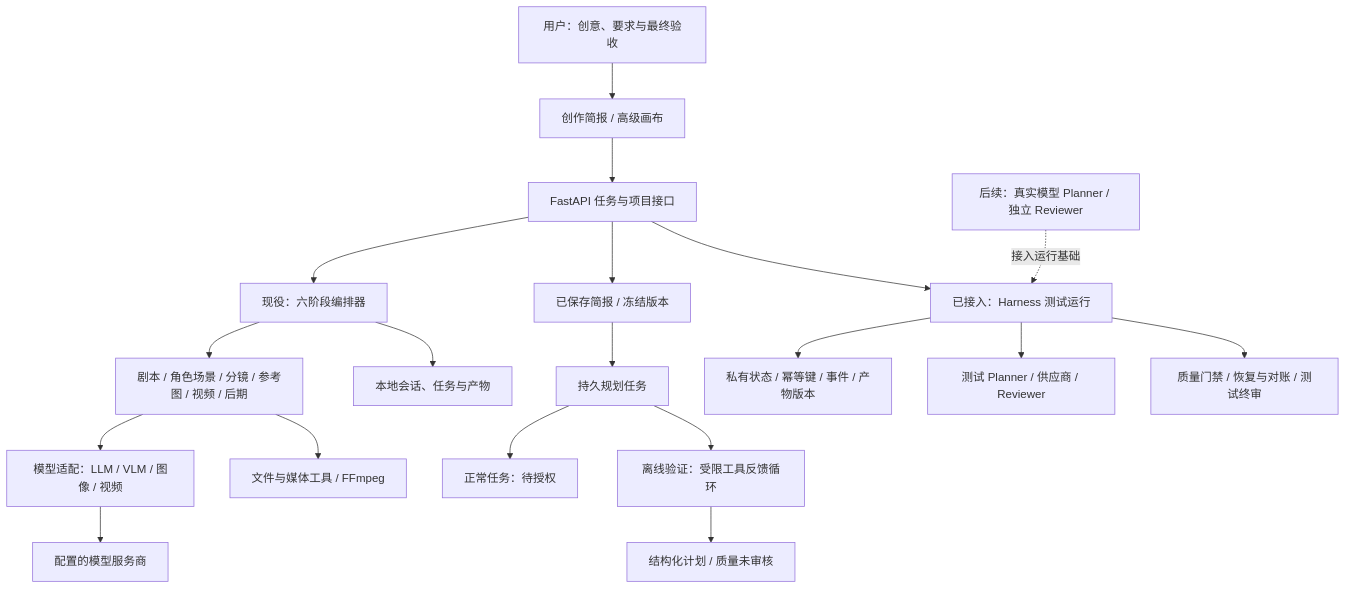
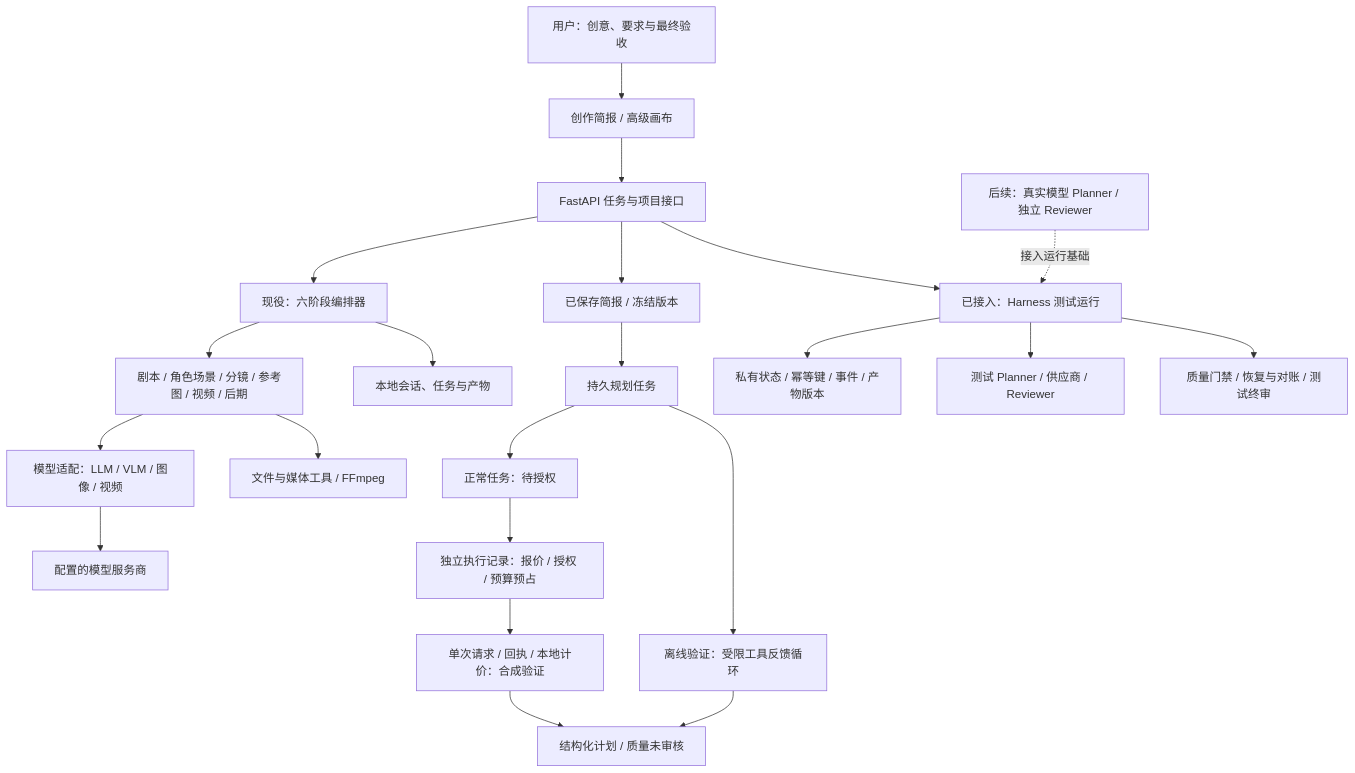
The diagram in README.md (leo-ai-pm/LeonTV), drawn with Mermaid before and after one commit. The commit also changed other lines of this file and 25 other files, not shown here.

````diff
--- a/README.md
+++ b/README.md
@@ -69,21 +69,24 @@
 ```mermaid
 flowchart TD
     User[用户：创意、要求与最终验收] --> UI[创作简报 / 高级画布]
     UI --> API[FastAPI 任务与项目接口]
     API --> Workflow[现役：六阶段编排器]
     Workflow --> Agents[剧本 / 角色场景 / 分镜 / 参考图 / 视频 / 后期]
     Agents --> Models[模型适配：LLM / VLM / 图像 / 视频]
     Agents --> Tools[文件与媒体工具 / FFmpeg]
     Workflow --> Store[本地会话、任务与产物]
     Models --> Providers[配置的模型服务商]
     API --> Brief[已保存简报 / 冻结版本]
     Brief --> Planner[持久规划任务]
     Planner --> Wait[正常任务：待授权]
+    Wait --> Control[独立执行记录：报价 / 授权 / 预算预占]
+    Control --> Synthetic[单次请求 / 回执 / 本地计价：合成验证]
+    Synthetic --> Plan
     Planner --> Loop[离线验证：受限工具反馈循环]
     Loop --> Plan[结构化计划 / 质量未审核]
     API --> Runtime[已接入：Harness 测试运行]
     Runtime --> Private[私有状态 / 幂等键 / 事件 / 产物版本]
     Runtime --> Fixtures[测试 Planner / 供应商 / Reviewer]
     Runtime --> Gates[质量门禁 / 恢复与对账 / 测试终审]
     Harness[后续：真实模型 Planner / 独立 Reviewer] -.接入运行基础.-> Runtime
 ```
````
